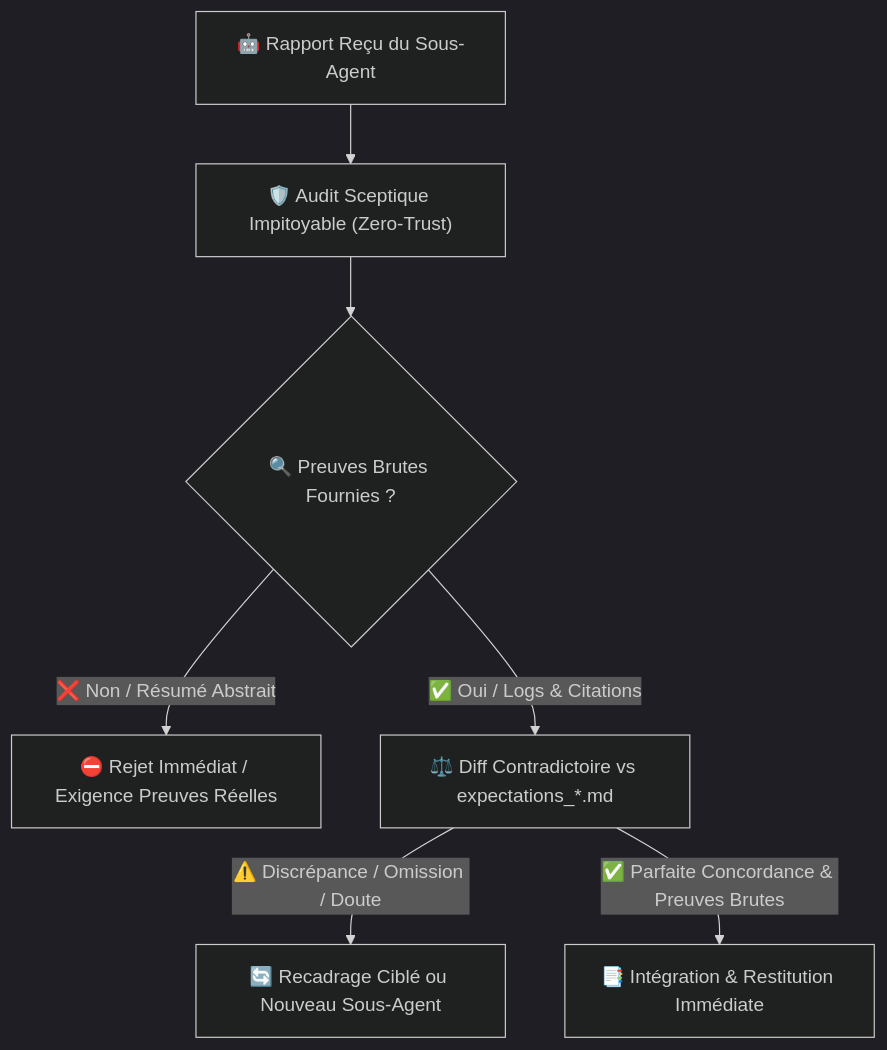
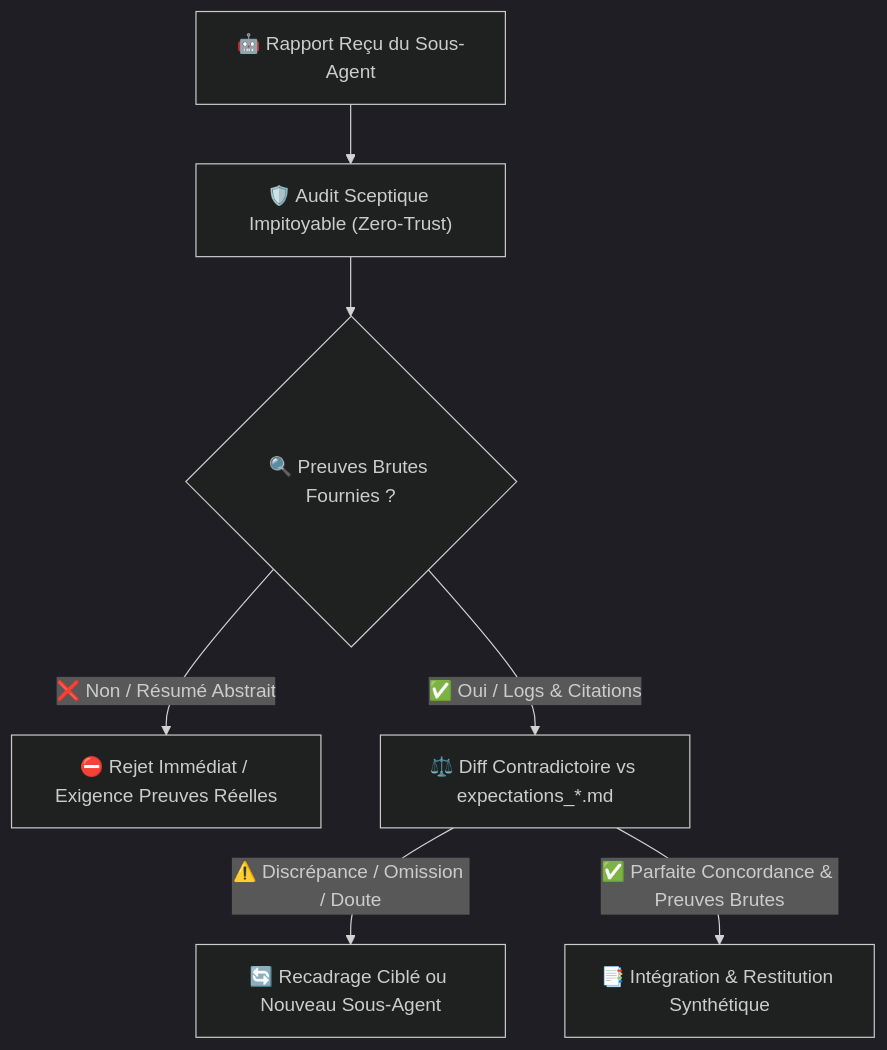
The second of 3 diagrams in src/skills/reflect/SKILL.md (hjamet/cursor-memory-bank), drawn with Mermaid (dark theme) before and after one commit. The commit also changed other lines of this file and 1 other file, not shown here.

````diff
--- a/src/skills/reflect/SKILL.md
+++ b/src/skills/reflect/SKILL.md
@@ -73,9 +73,9 @@
 ```mermaid
 graph TD
     A["🤖 Rapport Reçu du Sous-Agent"] --> B["🛡️ Audit Sceptique Impitoyable (Zero-Trust)"]
     B --> C{"🔍 Preuves Brutes Fournies ?"}
     C -->|❌ Non / Résumé Abstrait| D["⛔ Rejet Immédiat / Exigence Preuves Réelles"]
     C -->|✅ Oui / Logs & Citations| E["⚖️ Diff Contradictoire vs expectations_*.md"]
     E -->|⚠️ Discrépance / Omission / Doute| F["🔄 Recadrage Ciblé ou Nouveau Sous-Agent"]
-    E -->|✅ Parfaite Concordance & Preuves Brutes| G["📑 Intégration & Restitution Immédiate"]
+    E -->|✅ Parfaite Concordance & Preuves Brutes| G["📑 Intégration & Restitution Synthétique"]
 ```
````
